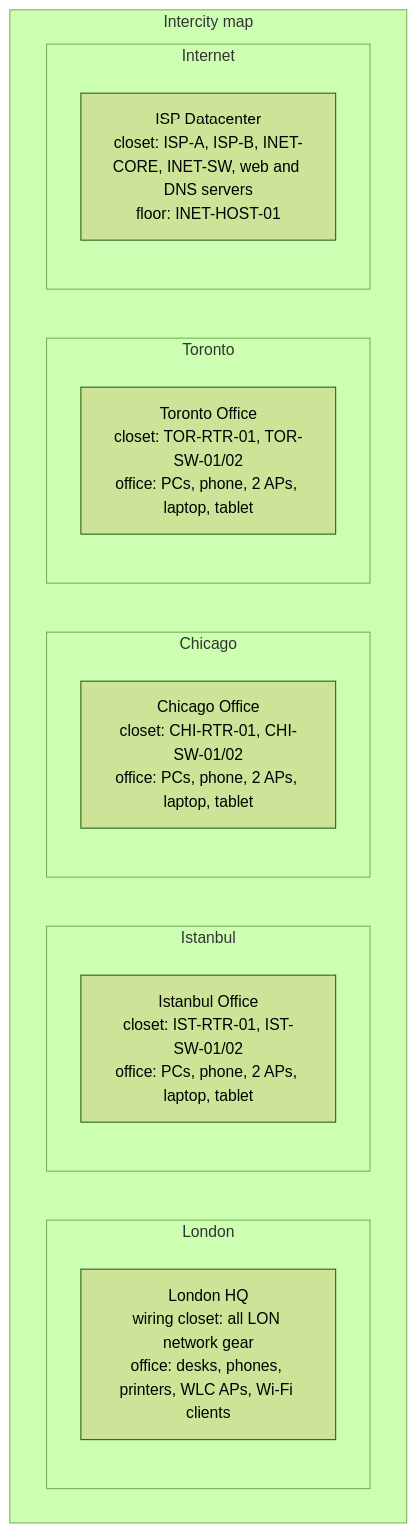
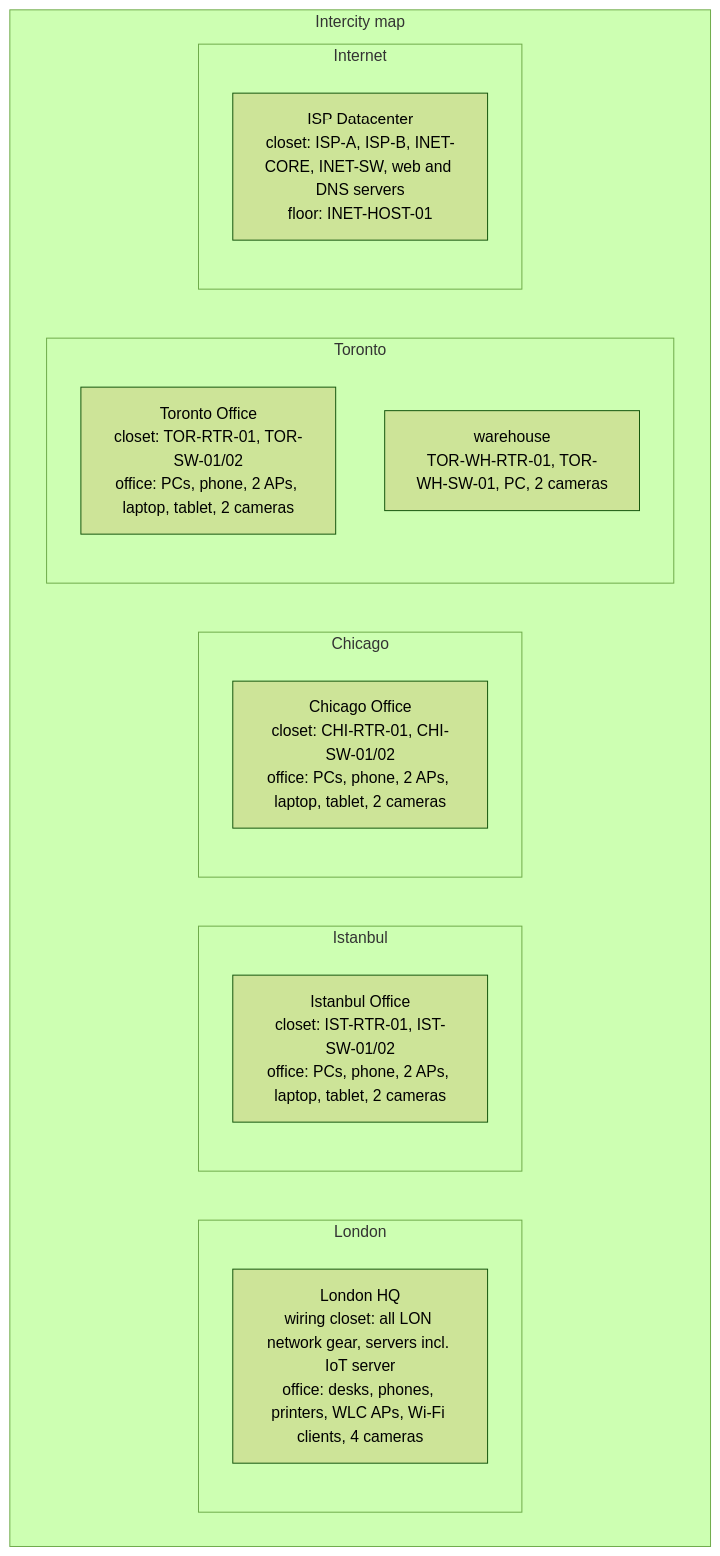
The eighth of 9 diagrams in diagrams/README.md (atahan99/bosphorus-enterprise-net), drawn with Mermaid (forest theme) before and after one commit. The commit also changed other lines of this file and 55 other files, not shown here.

First line of the commit message:
Phases 11-12: RIPv2 Toronto warehouse and CCTV zone (VLAN 90)

````diff
--- a/diagrams/README.md
+++ b/diagrams/README.md
@@ -163,20 +171,21 @@
 ```mermaid
 flowchart TB
   subgraph IC["Intercity map"]
     subgraph LONP["London"]
-      LHQ["London HQ<br/>wiring closet: all LON network gear<br/>office: desks, phones, printers, WLC APs, Wi-Fi clients"]
+      LHQ["London HQ<br/>wiring closet: all LON network gear, servers incl. IoT server<br/>office: desks, phones, printers, WLC APs, Wi-Fi clients, 4 cameras"]
     end
     subgraph ISTP["Istanbul"]
-      IOF["Istanbul Office<br/>closet: IST-RTR-01, IST-SW-01/02<br/>office: PCs, phone, 2 APs, laptop, tablet"]
+      IOF["Istanbul Office<br/>closet: IST-RTR-01, IST-SW-01/02<br/>office: PCs, phone, 2 APs, laptop, tablet, 2 cameras"]
     end
     subgraph CHIP["Chicago"]
-      COF["Chicago Office<br/>closet: CHI-RTR-01, CHI-SW-01/02<br/>office: PCs, phone, 2 APs, laptop, tablet"]
+      COF["Chicago Office<br/>closet: CHI-RTR-01, CHI-SW-01/02<br/>office: PCs, phone, 2 APs, laptop, tablet, 2 cameras"]
     end
     subgraph TORP["Toronto"]
-      TOF["Toronto Office<br/>closet: TOR-RTR-01, TOR-SW-01/02<br/>office: PCs, phone, 2 APs, laptop, tablet"]
+      TOF["Toronto Office<br/>closet: TOR-RTR-01, TOR-SW-01/02<br/>office: PCs, phone, 2 APs, laptop, tablet, 2 cameras"]
+      TWH["warehouse<br/>TOR-WH-RTR-01, TOR-WH-SW-01, PC, 2 cameras"]
     end
     subgraph NETP["Internet"]
       DC["ISP Datacenter<br/>closet: ISP-A, ISP-B, INET-CORE, INET-SW, web and DNS servers<br/>floor: INET-HOST-01"]
     end
   end
 ```
````
